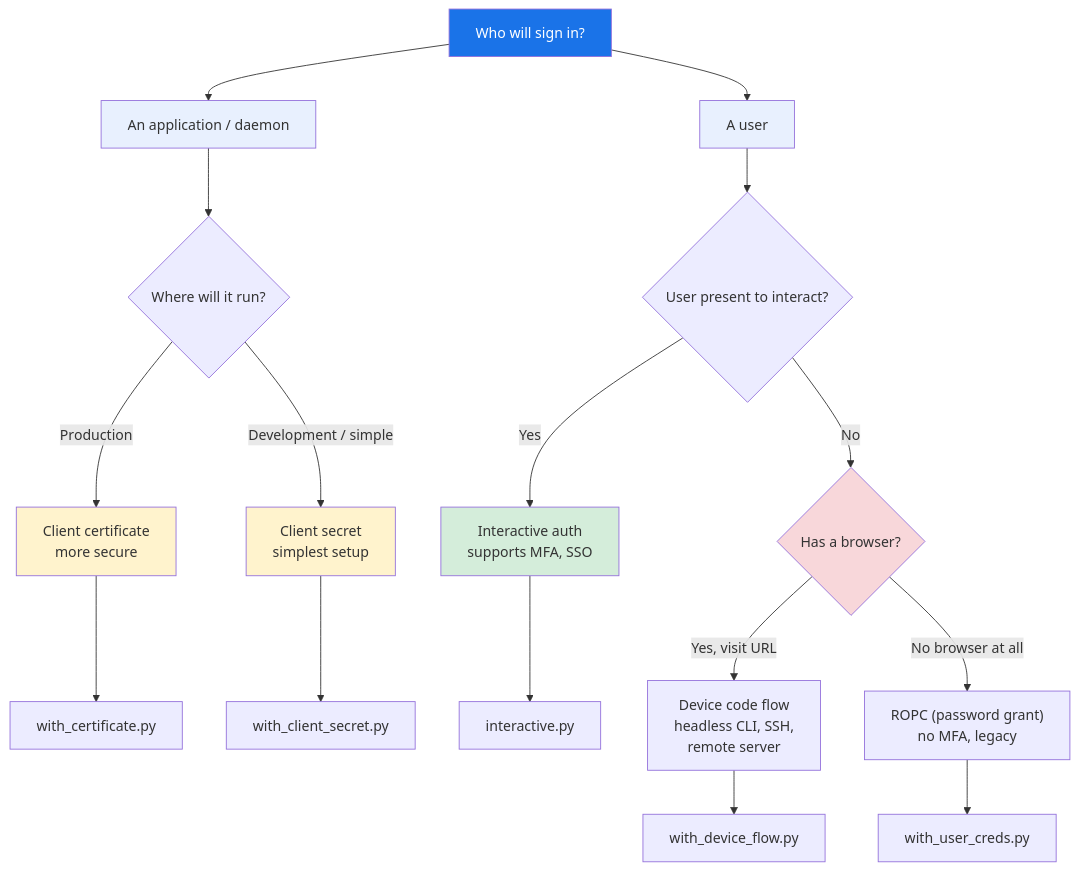
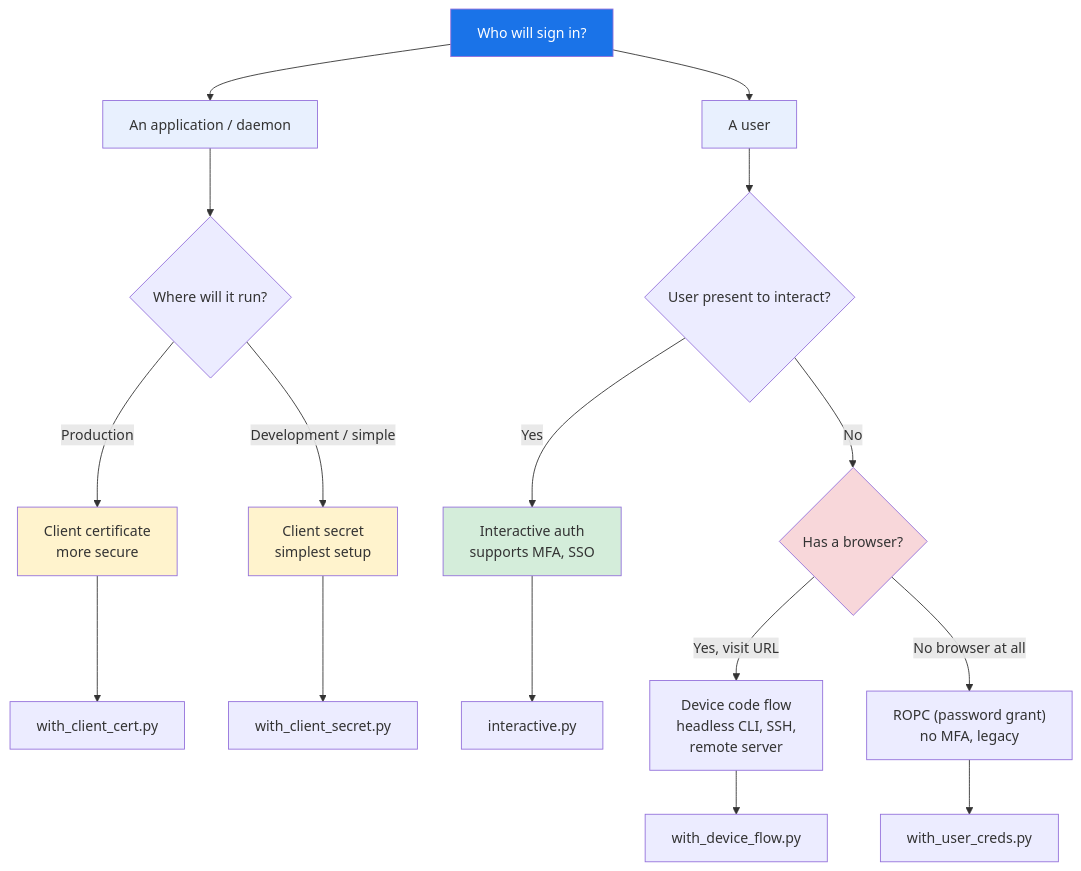
Before and after one commit to vgrem/office365-rest-python-client: the diagram in examples/auth/README.md, drawn with Mermaid. The commit also changed other lines of this file and 1 other file, not shown here.

First line of the commit message:
examples: restructure todo and auth galleries into quick-start sections

````diff
--- a/examples/auth/README.md
+++ b/examples/auth/README.md
@@ -10,29 +10,35 @@
 ```mermaid
 flowchart TD
     A[Who will sign in?] --> B[An application / daemon]
     A --> C[A user]
 
     B --> D{Where will it run?}
-    D -->|Production| E[Client certificate\nmore secure]
-    D -->|Development / simple| F[Client secret\nsimplest setup]
+    D -->|Production| E[Client certificate
+more secure]
+    D -->|Development / simple| F[Client secret
+simplest setup]
 
     C --> G{User present to interact?}
-    G -->|Yes| H[Interactive auth\nsupports MFA, SSO]
+    G -->|Yes| H[Interactive auth
+supports MFA, SSO]
     G -->|No| I{Has a browser?}
-    I -->|Yes, visit URL| N[Device code flow\nheadless CLI, SSH,\nremote server]
-    I -->|No browser at all| O["ROPC (password grant)\nno MFA, legacy"]
+    I -->|Yes, visit URL| N[Device code flow
+headless CLI, SSH,
+remote server]
+    I -->|No browser at all| O["ROPC (password grant)
+no MFA, legacy"]
 
-    E --> J[with_certificate.py]
+    E --> J[with_client_cert.py]
     F --> K[with_client_secret.py]
     H --> L[interactive.py]
     N --> P[with_device_flow.py]
     O --> M[with_user_creds.py]
 
     style A fill:#1a73e8,color:#fff
     style B fill:#e8f0fe
     style C fill:#e8f0fe
     style E fill:#fff3cd
     style F fill:#fff3cd
     style H fill:#d4edda
     style I fill:#f8d7da
 ```
````
